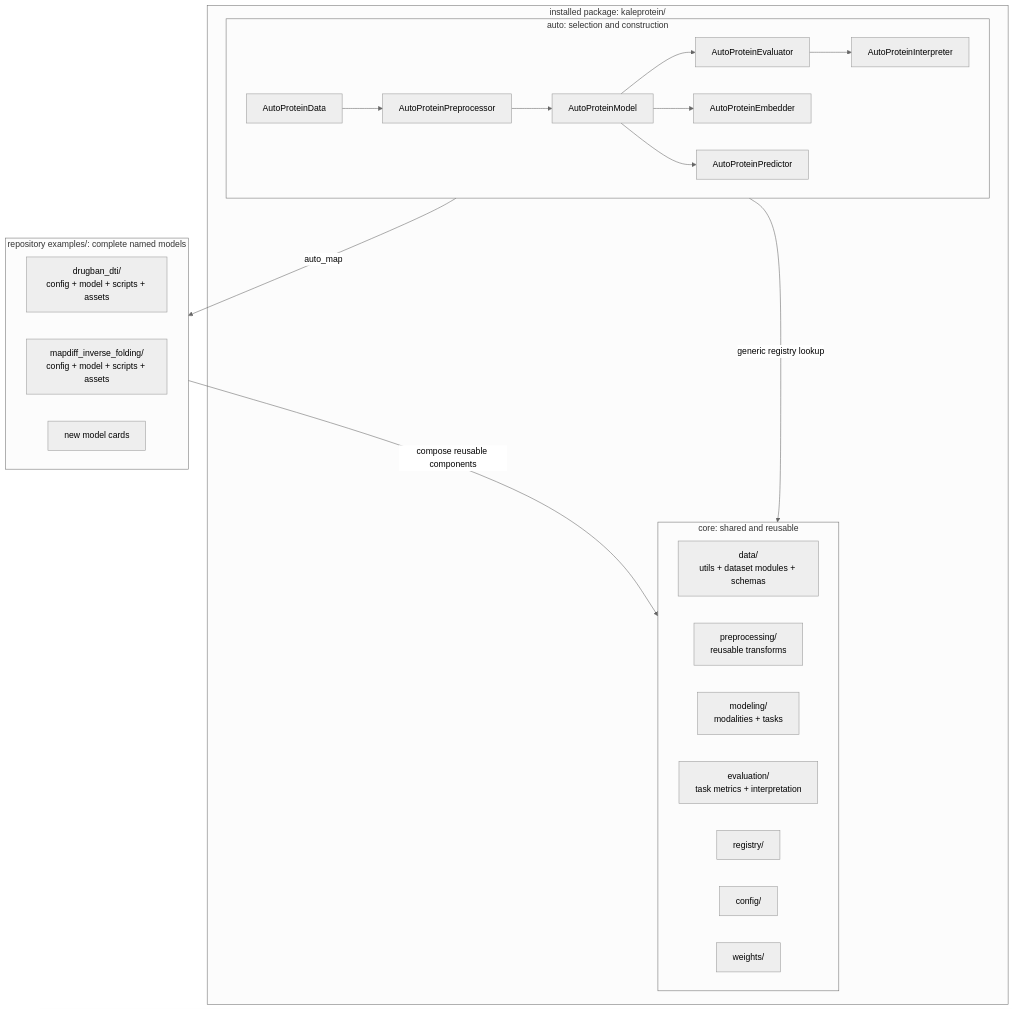
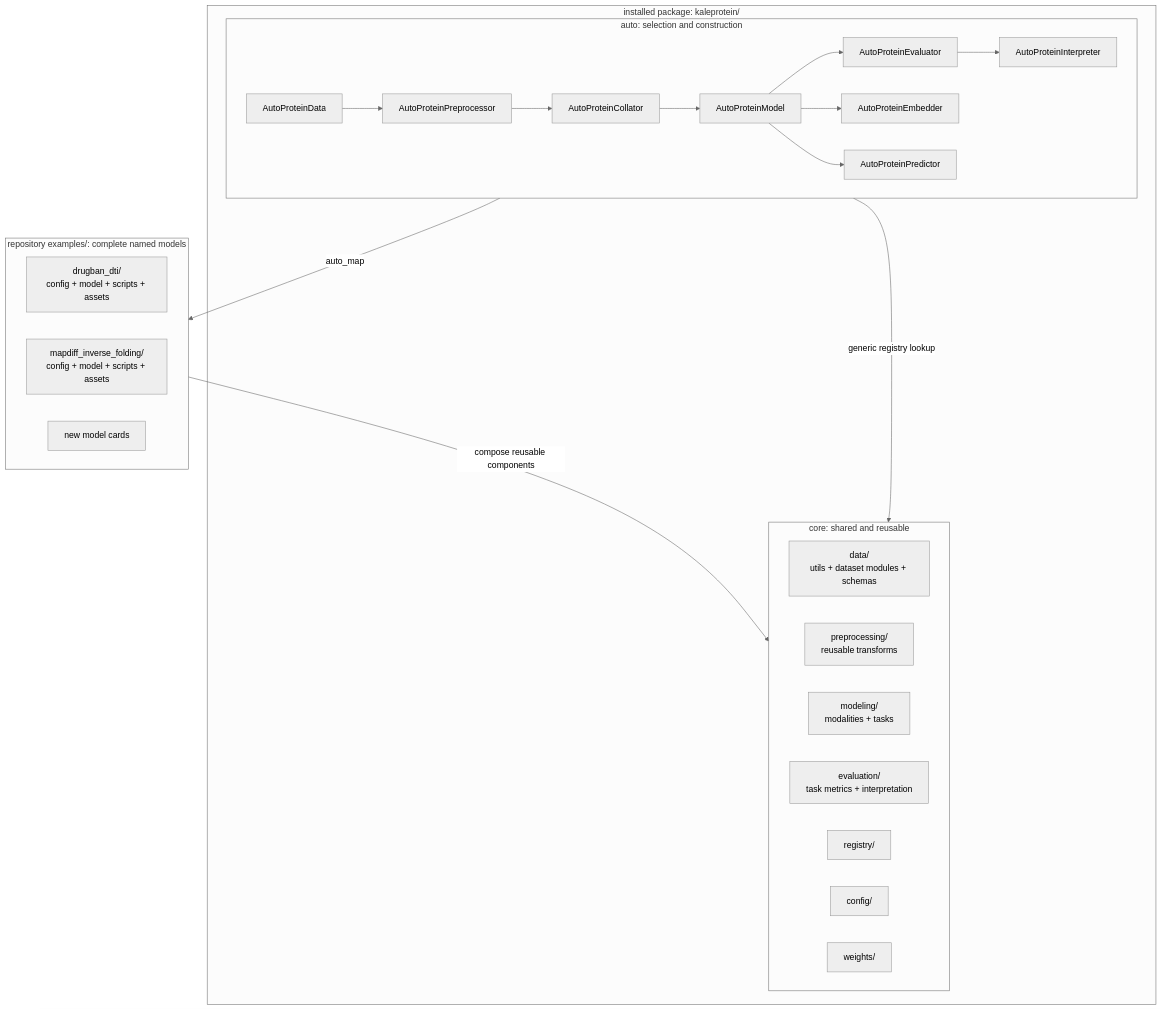
Before and after one commit to pykale/protein: the first of 3 diagrams in docs/architecture.md, drawn with Mermaid (neutral theme). The commit also changed other lines of this file and 30 other files, not shown here.

Commit message:
Separate data workflows from model execution

````diff
--- a/docs/architecture.md
+++ b/docs/architecture.md
@@ -17,40 +17,42 @@
 ```mermaid
 flowchart TB
     subgraph PACKAGE["installed package: kaleprotein/"]
       subgraph CORE["core: shared and reusable"]
         direction LR
         CORE_DATA["data/<br/>utils + dataset modules + schemas"]
         CORE_PREP["preprocessing/<br/>reusable transforms"]
         CORE_MODELING["modeling/<br/>modalities + tasks"]
         CORE_EVAL["evaluation/<br/>task metrics + interpretation"]
         REGISTRY["registry/"]
         CONFIG["config/"]
         WEIGHTS["weights/"]
       end
 
       subgraph AUTO["auto: selection and construction"]
         direction LR
         DATA["AutoProteinData"]
         PREP["AutoProteinPreprocessor"]
+        COLLATE["AutoProteinCollator"]
         MODEL["AutoProteinModel"]
         EMBED["AutoProteinEmbedder"]
         PREDICT["AutoProteinPredictor"]
         EVAL["AutoProteinEvaluator"]
         INTERP["AutoProteinInterpreter"]
-        DATA --> PREP --> MODEL --> EVAL --> INTERP
+        DATA --> PREP --> COLLATE
+        COLLATE --> MODEL --> EVAL --> INTERP
         MODEL --> EMBED
         MODEL --> PREDICT
       end
     end
 
     subgraph EXAMPLES["repository examples/: complete named models"]
         direction LR
         DRUGBAN["drugban_dti/<br/>config + model + scripts + assets"]
         MAPDIFF["mapdiff_inverse_folding/<br/>config + model + scripts + assets"]
         MORE["new model cards"]
     end
 
     AUTO -->|"generic registry lookup"| CORE
     MODEL -->|"auto_map"| EXAMPLES
     EXAMPLES -->|"compose reusable components"| CORE
 ```
````
